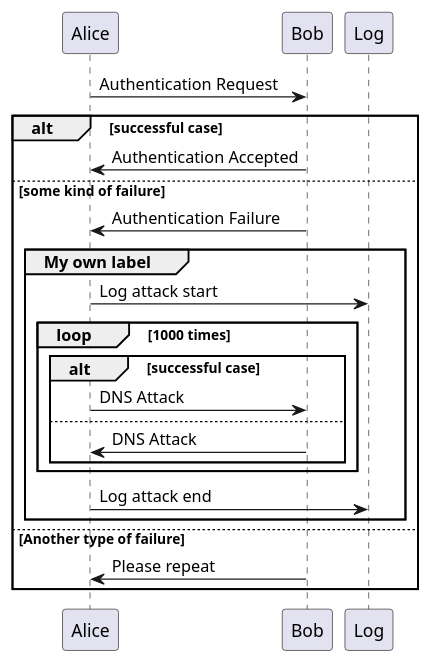
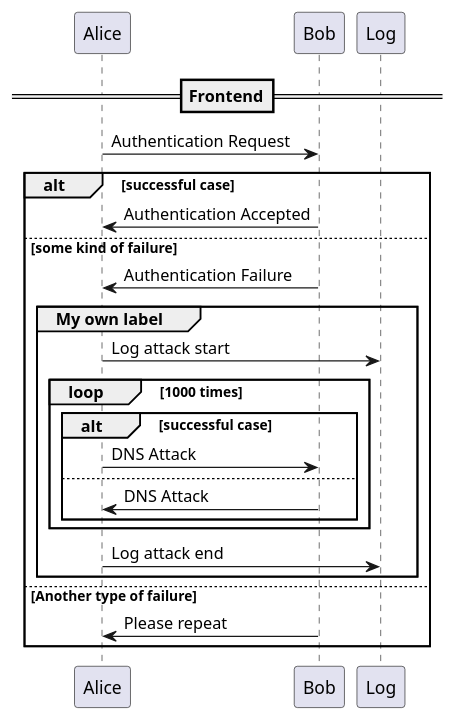
One commit to amne/architecture-viewer changed the diagram in sample_plantuml_data/alt nested group.puml. Above: the diagram before and after it, drawn with PlantUML.

Commit message:
Update alt nested group.puml

```diff
--- a/sample_plantuml_data/alt nested group.puml
+++ b/sample_plantuml_data/alt nested group.puml
@@ -1,23 +1,24 @@
 @startuml
 participant Alice
 participant Bob
+==Frontend==
 Alice -> Bob: Authentication Request
 alt successful case
 Bob -> Alice: Authentication Accepted
 else some kind of failure
 Bob -> Alice: Authentication Failure
 group My own label
 Alice -> Log : Log attack start
 loop 1000 times
 alt successful case
 Alice -> Bob: DNS Attack
 else
 Bob -> Alice: DNS Attack
 end
 end
 Alice -> Log : Log attack end
 end
 else Another type of failure
 Bob -> Alice: Please repeat
 end
 @enduml
```
